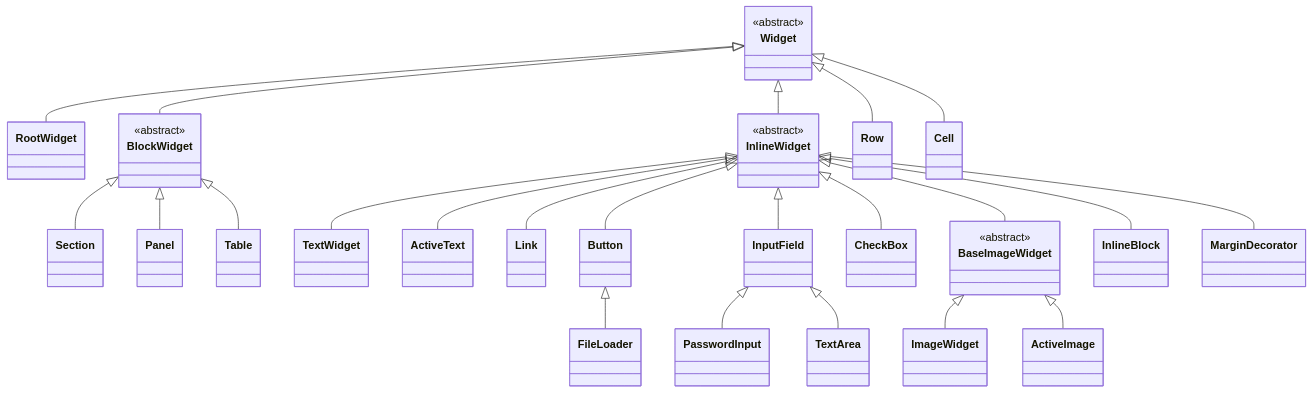
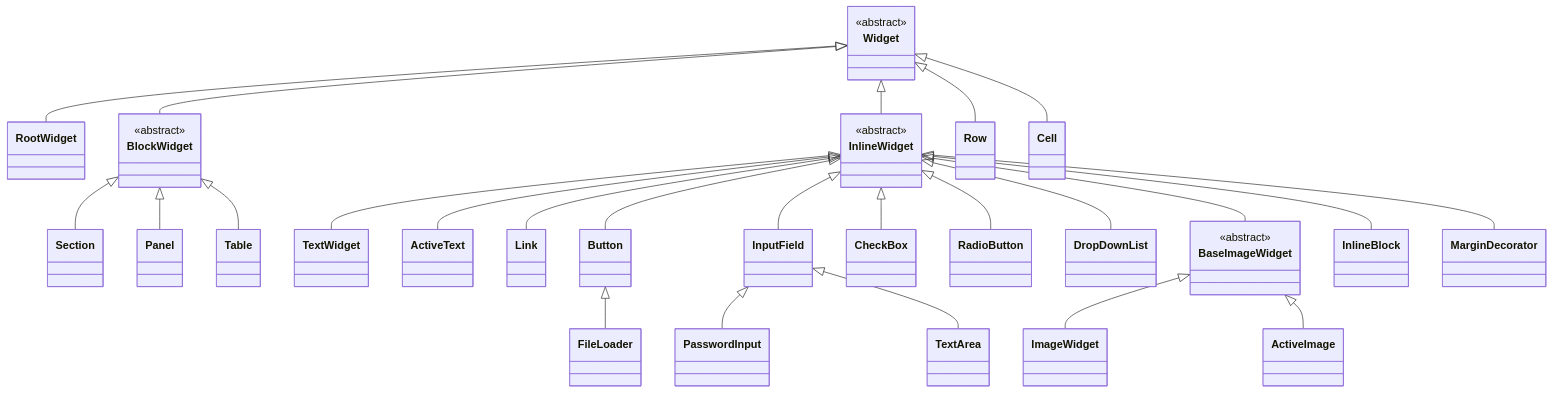
One commit to kniazkov/widgets changed the diagram in docs/WIDGETS.md. Above: the diagram before and after it, drawn with Mermaid. The commit also changed other lines of this file and 17 other files, not shown here.

Commit message:
Make drop-down options reactive and index based

````diff
--- a/docs/WIDGETS.md
+++ b/docs/WIDGETS.md
@@ -14,43 +14,45 @@
 ```mermaid
 classDiagram
     direction TB
 
     class Widget {
         <<abstract>>
     }
     class BlockWidget {
         <<abstract>>
     }
     class InlineWidget {
         <<abstract>>
     }
     class BaseImageWidget {
         <<abstract>>
     }
 
     Widget <|-- RootWidget
     Widget <|-- BlockWidget
     Widget <|-- InlineWidget
     Widget <|-- Row
     Widget <|-- Cell
 
     BlockWidget <|-- Section
     BlockWidget <|-- Panel
     BlockWidget <|-- Table
 
     InlineWidget <|-- TextWidget
     InlineWidget <|-- ActiveText
     InlineWidget <|-- Link
     InlineWidget <|-- Button
     InlineWidget <|-- InputField
     InlineWidget <|-- CheckBox
+    InlineWidget <|-- RadioButton
+    InlineWidget <|-- DropDownList
     InlineWidget <|-- BaseImageWidget
     InlineWidget <|-- InlineBlock
     InlineWidget <|-- MarginDecorator
 
     Button <|-- FileLoader
     InputField <|-- PasswordInput
     InputField <|-- TextArea
     BaseImageWidget <|-- ImageWidget
     BaseImageWidget <|-- ActiveImage
 ```
````
